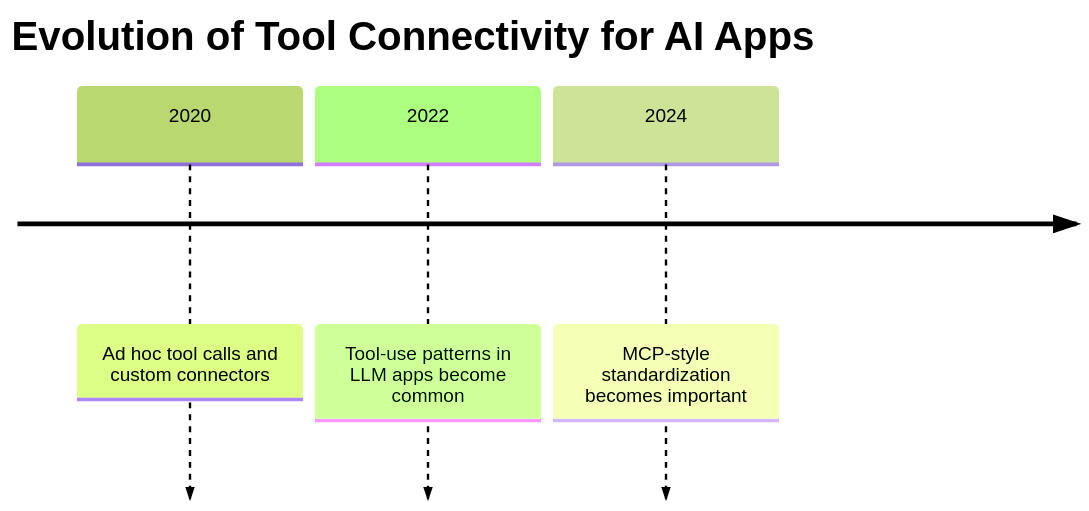
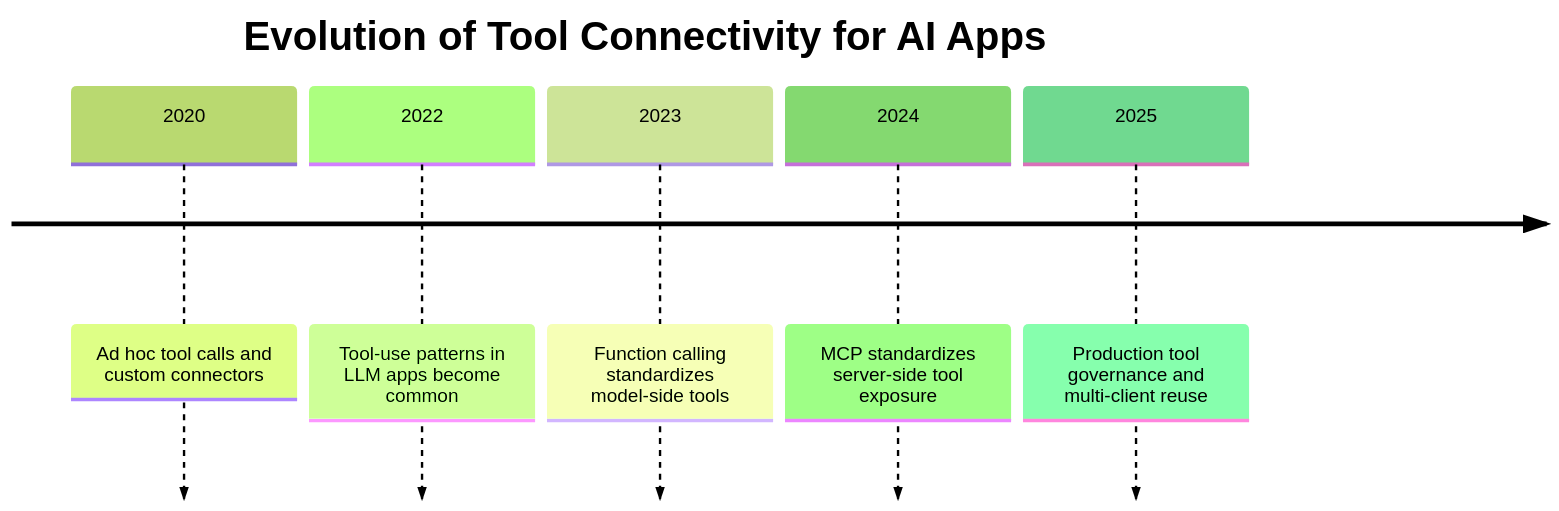
The second of 13 diagrams in day_25/day_25_model_context_protocol_mcp.md (Asabeneh/30-Days-Of-AI-Engineering), drawn with Mermaid (forest theme) before and after one commit. The commit also changed other lines of this file and 49 other files, not shown here.

````diff
--- a/day_25/day_25_model_context_protocol_mcp.md
+++ b/day_25/day_25_model_context_protocol_mcp.md
@@ -81,7 +123,9 @@
 ```mermaid
 timeline
-        title Evolution of Tool Connectivity for AI Apps
-        2020 : Ad hoc tool calls and custom connectors
-        2022 : Tool-use patterns in LLM apps become common
-        2024 : MCP-style standardization becomes important
+    title Evolution of Tool Connectivity for AI Apps
+    2020 : Ad hoc tool calls and custom connectors
+    2022 : Tool-use patterns in LLM apps become common
+    2023 : Function calling standardizes model-side tools
+    2024 : MCP standardizes server-side tool exposure
+    2025 : Production tool governance and multi-client reuse
 ```
````
